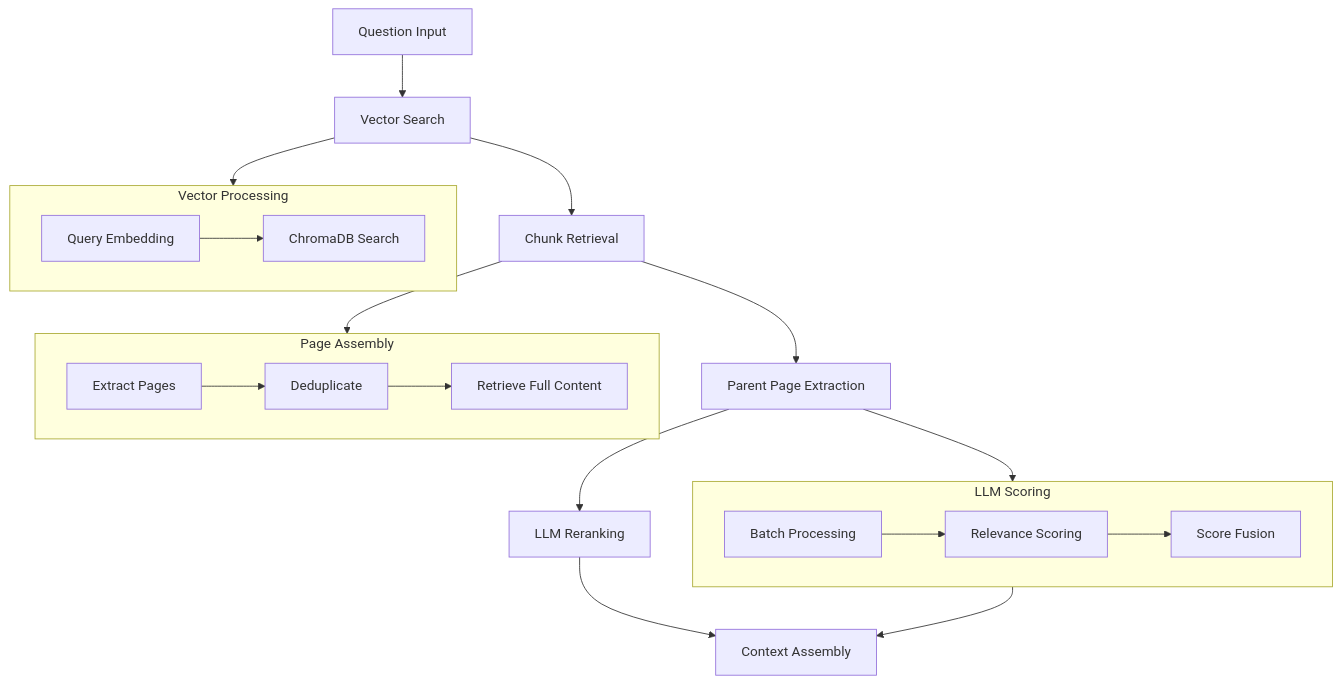
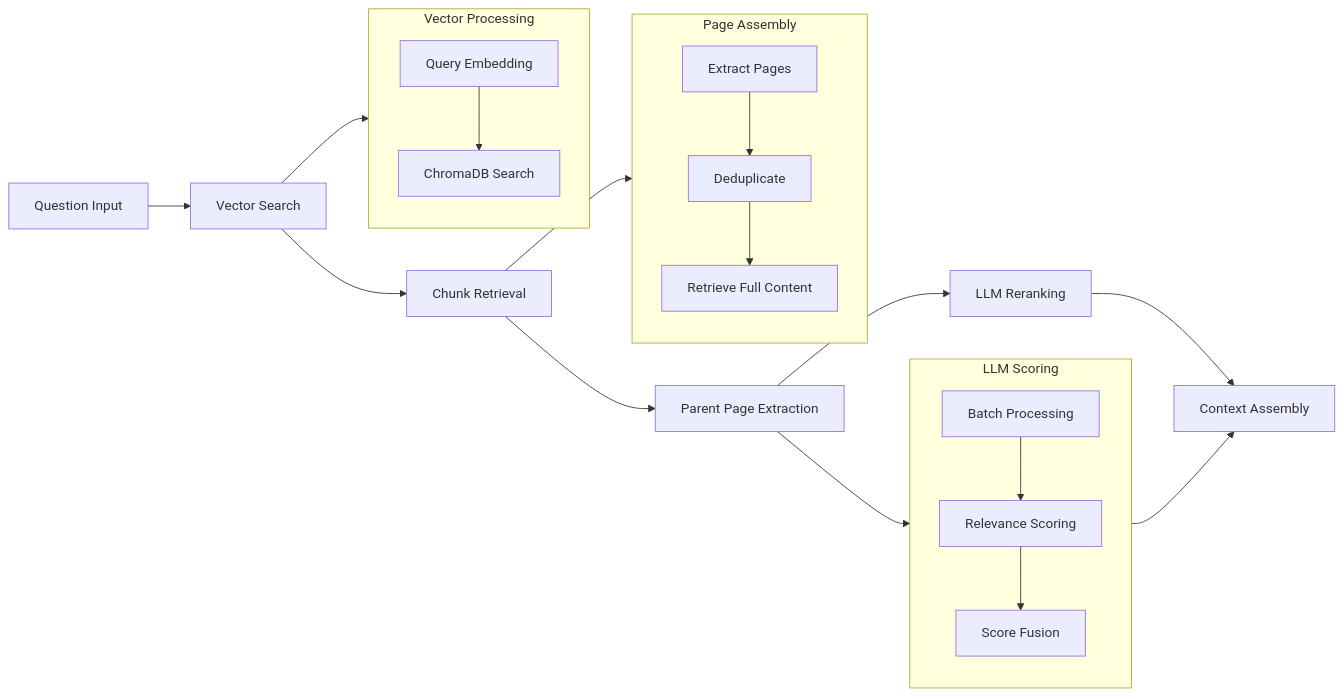
Before and after one commit to xxcs13/RAGv1: the second of 2 diagrams in README.md, drawn with Mermaid. The commit also changed other lines of this file, not shown here.

````diff
--- a/README.md
+++ b/README.md
@@ -94,33 +94,33 @@
 ```mermaid
-flowchart TD
+flowchart LR
     A[Question Input] --> B[Vector Search]
     B --> C[Chunk Retrieval]
     C --> D[Parent Page Extraction]
     D --> E[LLM Reranking]
     E --> F[Context Assembly]
     
     subgraph S1 ["Vector Processing"]
         B1[Query Embedding]
         B2[ChromaDB Search]
         B1 --> B2
     end
     
     subgraph S2 ["Page Assembly"]
         D1[Extract Pages]
         D2[Deduplicate]
         D3[Retrieve Full Content]
         D1 --> D2 --> D3
     end
     
     subgraph S3 ["LLM Scoring"]
         E1[Batch Processing]
         E2[Relevance Scoring]
         E3[Score Fusion]
         E1 --> E2 --> E3
     end
     
     B --> S1
     C --> S2
     D --> S3
     S3 --> F
 ```
````
